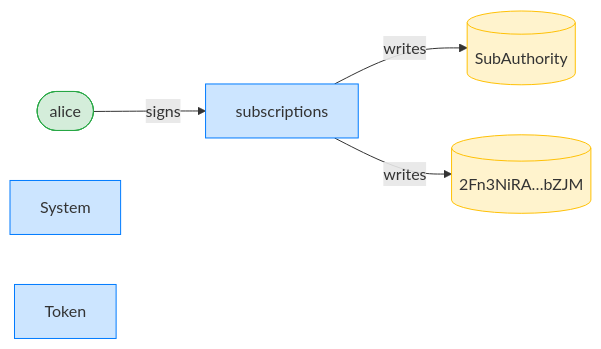
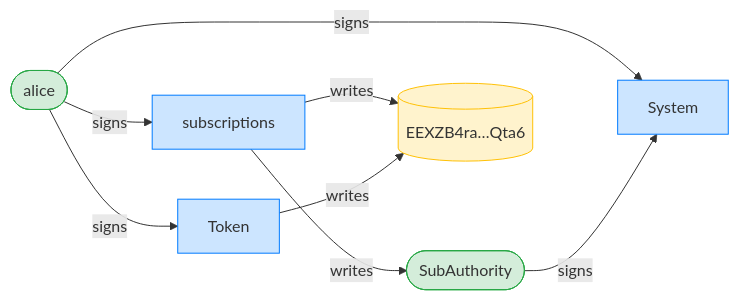
One commit to cds-rs/subscriptions changed the third of 12 diagrams in dsl_tests/transfer-subscription--no-whitelist-allows-any-receiver.md. Above: the diagram before and after it, drawn with Mermaid. The commit also changed other lines of this file and 224 other files, not shown here.

````diff
--- a/dsl_tests/transfer-subscription--no-whitelist-allows-any-receiver.md
+++ b/dsl_tests/transfer-subscription--no-whitelist-allows-any-receiver.md
@@ -55,15 +56,19 @@
 ```mermaid
 flowchart LR
     classDef signer fill:#d4edda,stroke:#28a745;
     classDef program fill:#cce5ff,stroke:#007bff;
     classDef writable fill:#fff3cd,stroke:#ffc107;
     subscriptions[subscriptions]:::program
     alice([alice]):::signer
-    SubAuthority[(SubAuthority)]:::writable
-    2Fn3NiRA_bZJM[("2Fn3NiRA…bZJM")]:::writable
+    SubAuthority([SubAuthority]):::signer
+    EEXZB4ra_Qta6[("EEXZB4ra…Qta6")]:::writable
     System[System]:::program
     Token[Token]:::program
     alice -->|signs| subscriptions
+    alice -->|signs| System
+    SubAuthority -->|signs| System
+    alice -->|signs| Token
     subscriptions -->|writes| SubAuthority
-    subscriptions -->|writes| 2Fn3NiRA_bZJM
+    subscriptions -->|writes| EEXZB4ra_Qta6
+    Token -->|writes| EEXZB4ra_Qta6
 ```
````
